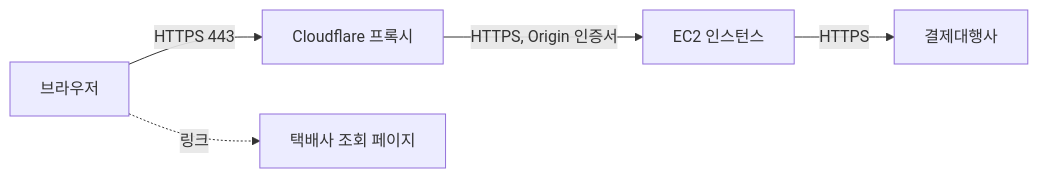
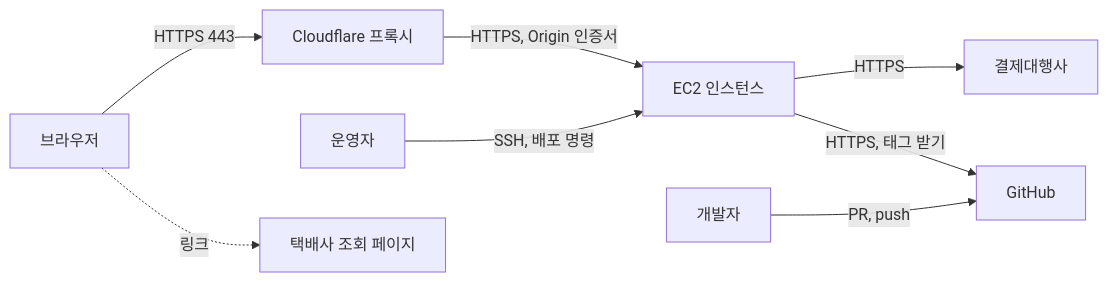
One commit to seren-wib/coffee-shop changed the diagram in docs/specs/srs/6-interfaces.md. Above: the diagram before and after it, drawn with Mermaid. The commit also changed other lines of this file and 9 other files, not shown here.

````diff
--- a/docs/specs/srs/6-interfaces.md
+++ b/docs/specs/srs/6-interfaces.md
@@ -97,7 +99,10 @@
 ```mermaid
 flowchart LR
   browser[브라우저] -->|HTTPS 443| cf[Cloudflare 프록시]
   cf -->|HTTPS, Origin 인증서| ec2[EC2 인스턴스]
   ec2 -->|HTTPS| pg[결제대행사]
+  operator[운영자] -->|SSH, 배포 명령| ec2
+  ec2 -->|HTTPS, 태그 받기| github[GitHub]
+  dev[개발자] -->|PR, push| github
   browser -.->|링크| carrier[택배사 조회 페이지]
 ```
````
